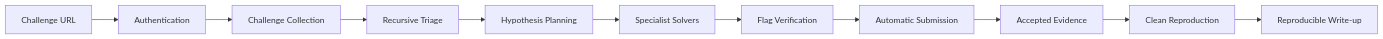
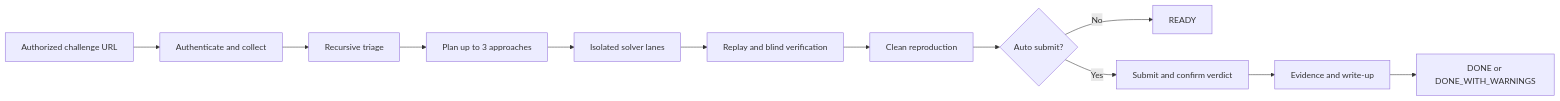
Before and after one commit to Clotilde030603/ctf-agent-codex: the diagram in README.md, drawn with Mermaid. The commit also changed other lines of this file and 2 other files, not shown here.

````diff
--- a/README.md
+++ b/README.md
@@ -78,13 +46,14 @@
 ```mermaid
 flowchart LR
-    A[Challenge URL] --> B[Authentication]
-    B --> C[Challenge Collection]
-    C --> D[Recursive Triage]
-    D --> E[Hypothesis Planning]
-    E --> F[Specialist Solvers]
-    F --> G[Flag Verification]
-    G --> H[Automatic Submission]
-    H --> I[Accepted Evidence]
-    I --> J[Clean Reproduction]
-    J --> K[Reproducible Write-up]
+    A[Authorized challenge URL] --> B[Authenticate and collect]
+    B --> C[Recursive triage]
+    C --> D[Plan up to 3 approaches]
+    D --> E[Isolated solver lanes]
+    E --> F[Replay and blind verification]
+    F --> G[Clean reproduction]
+    G --> H{Auto submit?}
+    H -- No --> I[READY]
+    H -- Yes --> J[Submit and confirm verdict]
+    J --> K[Evidence and write-up]
+    K --> L[DONE or DONE_WITH_WARNINGS]
 ```
````
